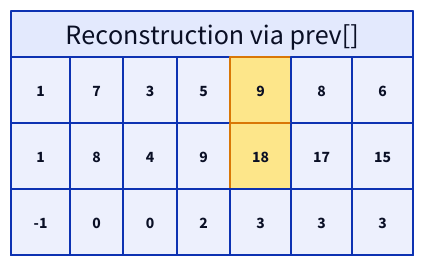
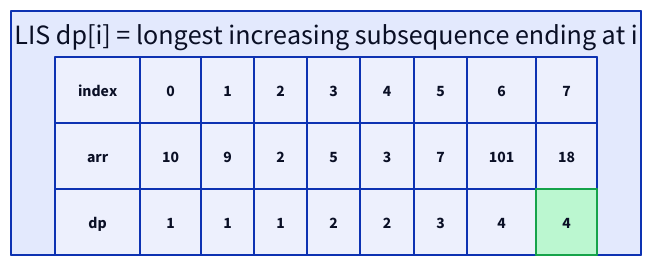
One commit to ani2fun/codefolio changed the diagram in content/cortex/data-structures-and-algorithms/05-algorithms-by-strategy/05-dynamic-programming/02-longest-increasing-subsequence.md. Above: the diagram before and after it, drawn with D2. The commit also changed other lines of this file and 1049 other files, not shown here.

````diff
--- a/content/cortex/data-structures-and-algorithms/05-algorithms-by-strategy/05-dynamic-programming/02-longest-increasing-subsequence.md
+++ b/content/cortex/data-structures-and-algorithms/05-algorithms-by-strategy/05-dynamic-programming/02-longest-increasing-subsequence.md
@@ -493,29 +55,10 @@
 ```d2
-direction: right
-grid: "Reconstruction via prev[]" {
+table: "LIS dp[i] = longest increasing subsequence ending at i" {
   grid-rows: 3
-  grid-columns: 7
+  grid-columns: 9
   grid-gap: 0
-  a0: "1"
-  a1: "7"
-  a2: "3"
-  a3: "5"
-  a4: "9" {style.fill: "#fde68a"; style.stroke: "#d97706"}
-  a5: "8"
-  a6: "6"
-  d0: "1"
-  d1: "8"
-  d2: "4"
-  d3: "9"
-  d4: "18" {style.fill: "#fde68a"; style.stroke: "#d97706"}
-  d5: "17"
-  d6: "15"
-  p0: "-1"
-  p1: "0"
-  p2: "0"
-  p3: "2"
-  p4: "3"
-  p5: "3"
-  p6: "3"
+  h:  "index"  ; h0: "0"  ; h1: "1" ; h2: "2" ; h3: "3" ; h4: "4" ; h5: "5" ; h6: "6"   ; h7: "7"
+  a:  "arr"    ; a0: "10" ; a1: "9" ; a2: "2" ; a3: "5" ; a4: "3" ; a5: "7" ; a6: "101" ; a7: "18"
+  d:  "dp"     ; d0: "1"  ; d1: "1" ; d2: "1" ; d3: "2" ; d4: "2" ; d5: "3" ; d6: "4"   ; d7: "4" {style.fill: "#bbf7d0"; style.stroke: "#16a34a"}
 }
 ```
````
